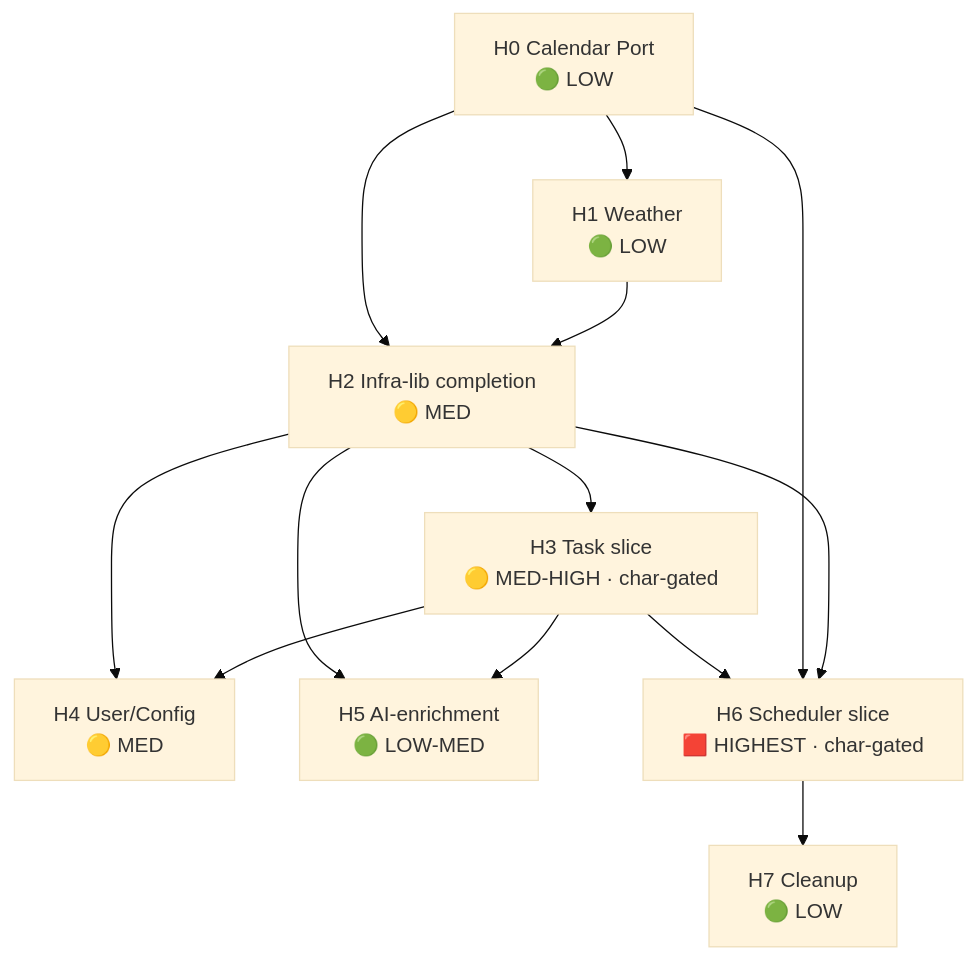
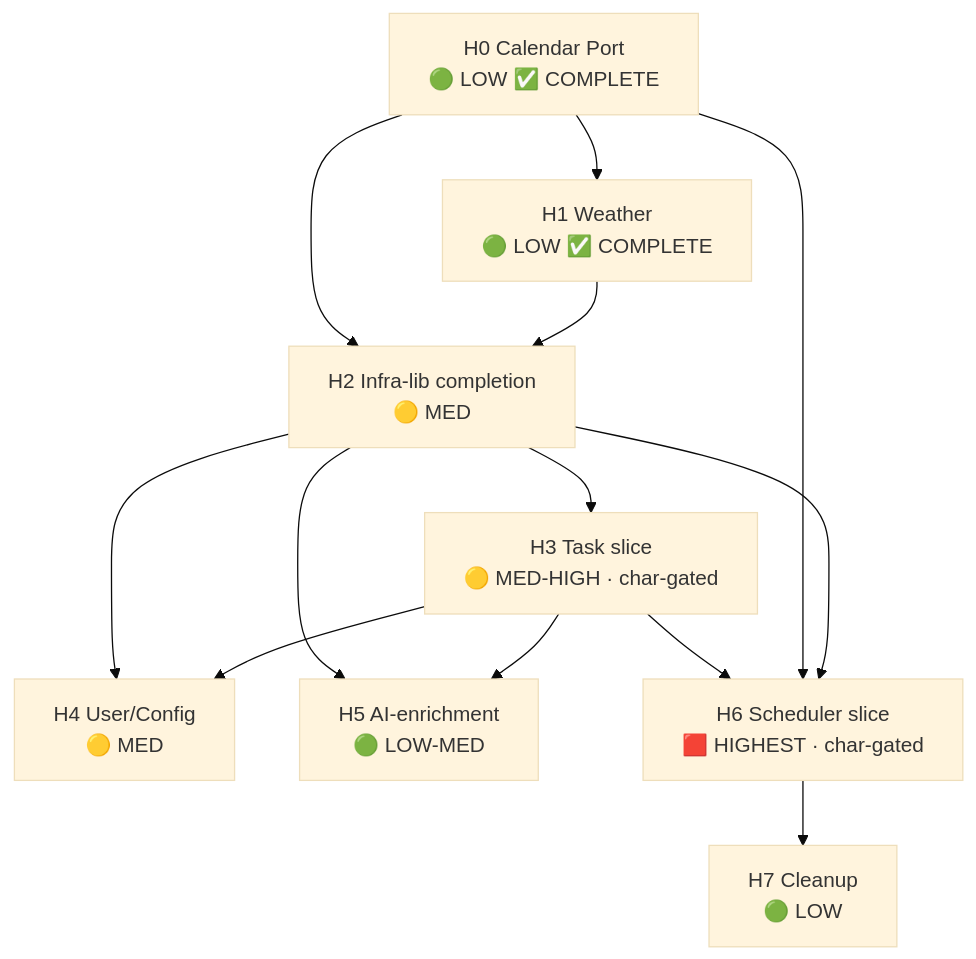
One commit to wdraike/Juggler changed the diagram in docs/architecture/JUGGLER-HEX-ROADMAP.md. Above: the diagram before and after it, drawn with Mermaid (base theme). The commit also changed other lines of this file and 21 other files, not shown here.

````diff
--- a/docs/architecture/JUGGLER-HEX-ROADMAP.md
+++ b/docs/architecture/JUGGLER-HEX-ROADMAP.md
@@ -301,24 +313,24 @@
 ```mermaid
 flowchart TD
-    H0["H0 Calendar Port<br/>🟢 LOW"]
-    H1["H1 Weather<br/>🟢 LOW"]
+    H0["H0 Calendar Port<br/>🟢 LOW ✅ COMPLETE"]
+    H1["H1 Weather<br/>🟢 LOW ✅ COMPLETE"]
     H2["H2 Infra-lib completion<br/>🟡 MED"]
     H3["H3 Task slice<br/>🟡 MED-HIGH · char-gated"]
     H4["H4 User/Config<br/>🟡 MED"]
     H5["H5 AI-enrichment<br/>🟢 LOW-MED"]
     H6["H6 Scheduler slice<br/>🟥 HIGHEST · char-gated"]
     H7["H7 Cleanup<br/>🟢 LOW"]
 
     H0 --> H1
     H0 --> H2
     H1 --> H2
     H2 --> H3
     H2 --> H4
     H2 --> H5
     H3 --> H4
     H3 --> H5
     H3 --> H6
     H0 --> H6
     H2 --> H6
     H6 --> H7
 ```
````
